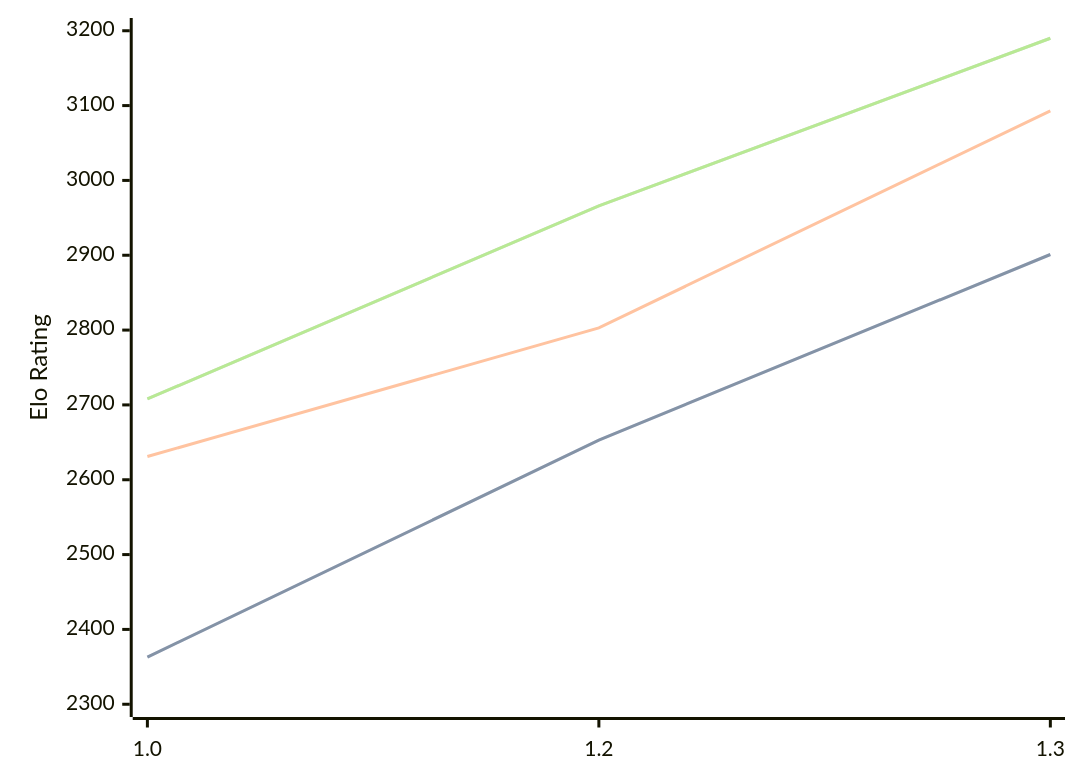
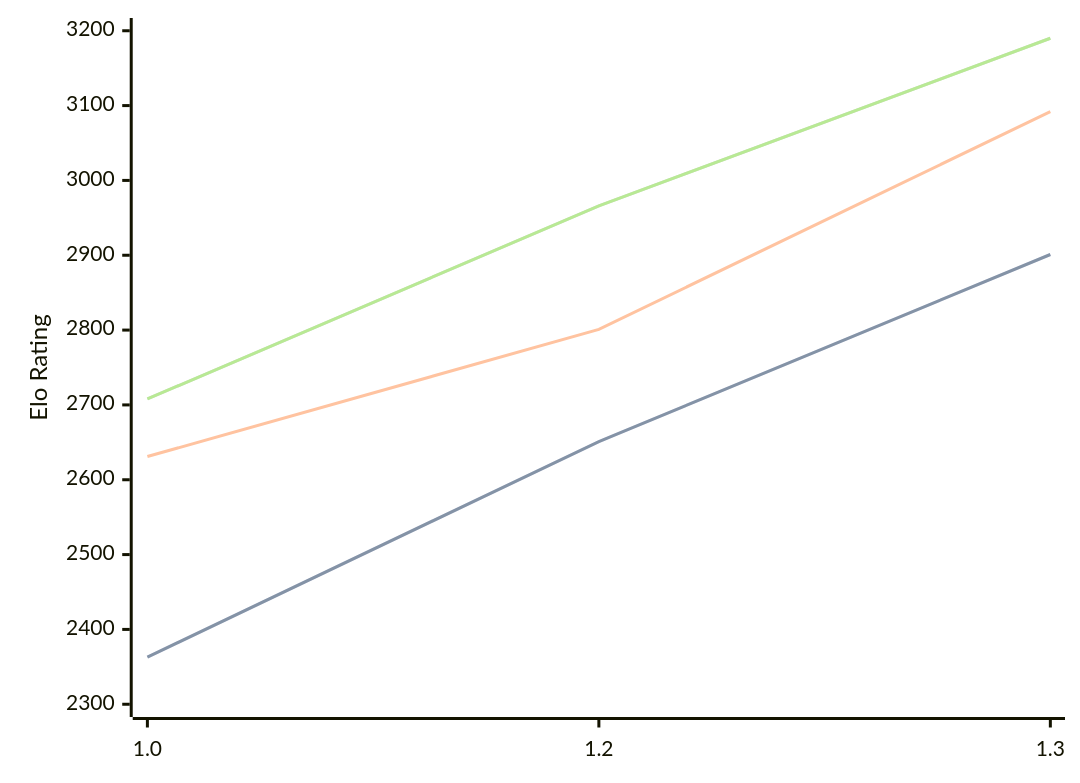
Before and after one commit to computer-chess-index/cci: the diagram in engines/Chessnix.md, drawn with Mermaid. The commit also changed other lines of this file, not shown here.

Commit message:
Update CCI Ratings (ELO VLTC) - 2026-03-25

````diff
--- a/engines/Chessnix.md
+++ b/engines/Chessnix.md
@@ -35,11 +35,11 @@
 ```mermaid
 %%{init: {"theme":"base","themeVariables":{"seriesColors:['#a3a3a3','#222221','#faa371']}}}%%
 xychart-beta
   x-axis ["1.0", "1.2", "1.3"]
   y-axis "Elo Rating" 2300 --> 3200
-  line "STC (8.0+0.08s)" [2363, 2653, 2901]
-  line "STC (8.0+0.08s)" [2363, 2653, 2901]
-  line "LTC (60.0+0.60s)" [2631, 2803, 3093]
+  line "STC (8.0+0.08s)" [2363, 2651, 2901]
+  line "STC (8.0+0.08s)" [2363, 2651, 2901]
+  line "LTC (60.0+0.60s)" [2631, 2801, 3092]
   line "VLTC (2m24s+1.12s)" [2708, 2966, 3190]
   line "VLTC (2m24s+1.12s)" [2708, 2966, 3190]
 ```
````
